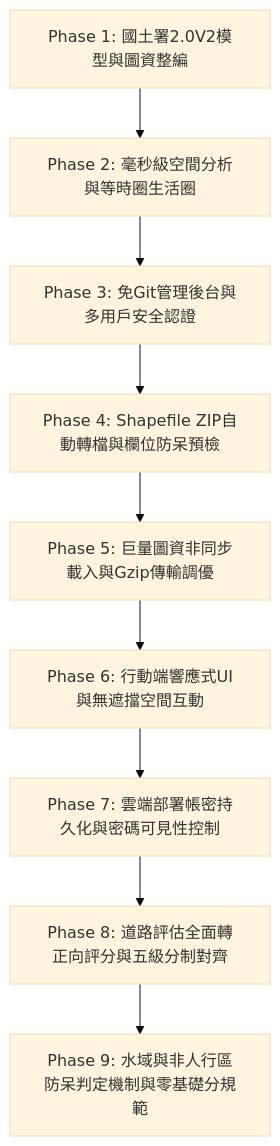
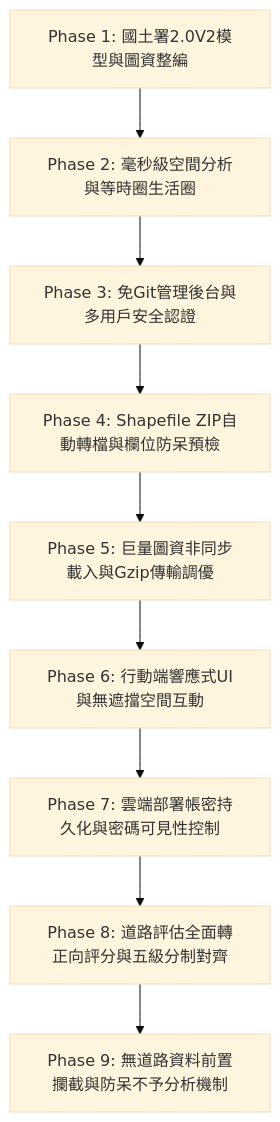
Before and after one commit to YTCheng0507/HCTWebGISdemo: the first of 3 diagrams in docs/PLATFORM_BUILD_GUIDE.md, drawn with Mermaid (base theme). The commit also changed other lines of this file and 6 other files, not shown here.

````diff
--- a/docs/PLATFORM_BUILD_GUIDE.md
+++ b/docs/PLATFORM_BUILD_GUIDE.md
@@ -22,11 +22,11 @@
 ```mermaid
 flowchart TD
     A[Phase 1: 國土署2.0V2模型與圖資整編] --> B[Phase 2: 毫秒級空間分析與等時圈生活圈]
     B --> C[Phase 3: 免Git管理後台與多用戶安全認證]
     C --> D[Phase 4: Shapefile ZIP自動轉檔與欄位防呆預檢]
     D --> E[Phase 5: 巨量圖資非同步載入與Gzip傳輸調優]
     E --> F[Phase 6: 行動端響應式UI與無遮擋空間互動]
     F --> G[Phase 7: 雲端部署帳密持久化與密碼可見性控制]
     G --> H[Phase 8: 道路評估全面轉正向評分與五級分制對齊]
-    H --> I[Phase 9: 水域與非人行區防呆判定機制與零基礎分規範]
+    H --> I[Phase 9: 無道路資料前置攔截與防呆不予分析機制]
 ```
````
